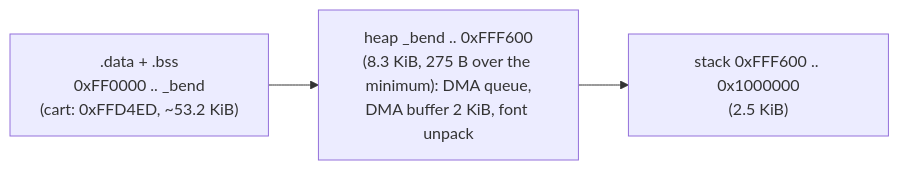
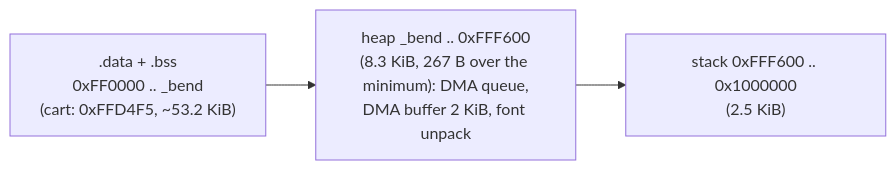
One commit to jfryman/mega-wifi-radar changed the diagram in lode/build/ram-budget.md. Above: the diagram before and after it, drawn with Mermaid. The commit also changed 2 other files, not shown here.

Commit message:
Lode: the cart's build and heap after the map styles

````diff
--- a/lode/build/ram-budget.md
+++ b/lode/build/ram-budget.md
@@ -8,5 +8,5 @@
 ```mermaid
 flowchart LR
-  S[".data + .bss<br/>0xFF0000 .. _bend<br/>(cart: 0xFFD4ED, ~53.2 KiB)"] --> H["heap _bend .. 0xFFF600<br/>(8.3 KiB, 275 B over the minimum): DMA queue,<br/>DMA buffer 2 KiB, font unpack"]
+  S[".data + .bss<br/>0xFF0000 .. _bend<br/>(cart: 0xFFD4F5, ~53.2 KiB)"] --> H["heap _bend .. 0xFFF600<br/>(8.3 KiB, 267 B over the minimum): DMA queue,<br/>DMA buffer 2 KiB, font unpack"]
   H --> K["stack 0xFFF600 .. 0x1000000<br/>(2.5 KiB)"]
 ```
````
